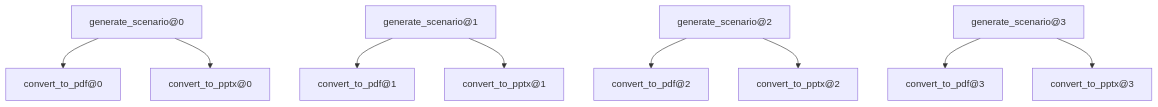
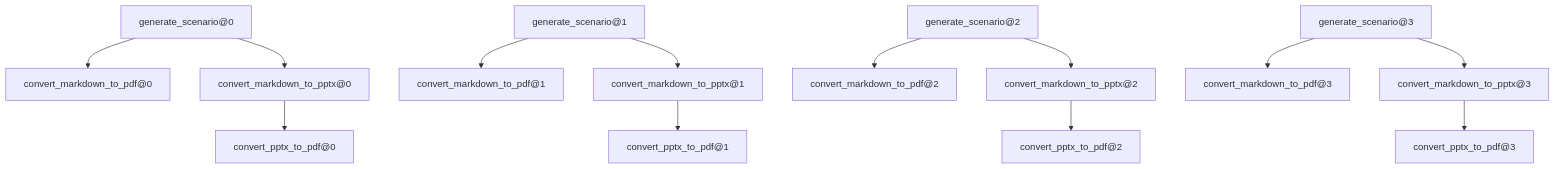
The diagram in PIPELINE.md (u-masao/presentation-of-mathematical-optimization), drawn with Mermaid before and after one commit.

Commit message:
update dvc pipeline

````diff
--- a/PIPELINE.md
+++ b/PIPELINE.md
@@ -1,23 +1,31 @@
 ```mermaid
 flowchart TD
-	node1["convert_to_pdf@0"]
-	node2["convert_to_pptx@0"]
-	node3["generate_scenario@0"]
-	node3-->node1
-	node3-->node2
-	node4["convert_to_pdf@1"]
-	node5["convert_to_pptx@1"]
-	node6["generate_scenario@1"]
-	node6-->node4
-	node6-->node5
-	node7["convert_to_pdf@2"]
-	node8["convert_to_pptx@2"]
-	node9["generate_scenario@2"]
-	node9-->node7
-	node9-->node8
-	node10["convert_to_pdf@3"]
-	node11["convert_to_pptx@3"]
-	node12["generate_scenario@3"]
+	node1["convert_markdown_to_pdf@0"]
+	node2["convert_markdown_to_pptx@0"]
+	node3["convert_pptx_to_pdf@0"]
+	node4["generate_scenario@0"]
+	node2-->node3
+	node4-->node1
+	node4-->node2
+	node5["convert_markdown_to_pdf@1"]
+	node6["convert_markdown_to_pptx@1"]
+	node7["convert_pptx_to_pdf@1"]
+	node8["generate_scenario@1"]
+	node6-->node7
+	node8-->node5
+	node8-->node6
+	node9["convert_markdown_to_pdf@2"]
+	node10["convert_markdown_to_pptx@2"]
+	node11["convert_pptx_to_pdf@2"]
+	node12["generate_scenario@2"]
+	node10-->node11
+	node12-->node9
 	node12-->node10
-	node12-->node11
+	node13["convert_markdown_to_pdf@3"]
+	node14["convert_markdown_to_pptx@3"]
+	node15["convert_pptx_to_pdf@3"]
+	node16["generate_scenario@3"]
+	node14-->node15
+	node16-->node13
+	node16-->node14
 ```
````
